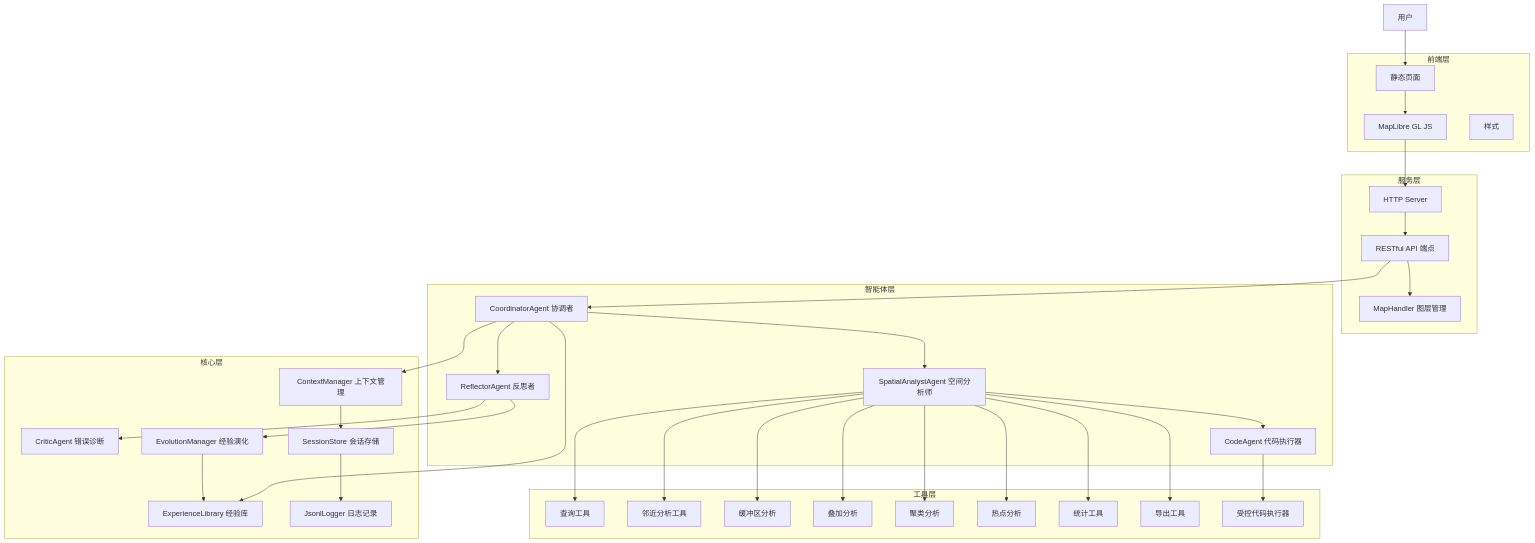
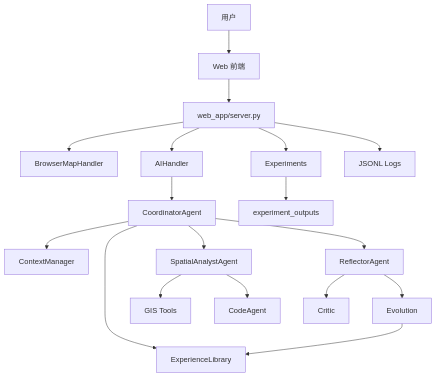
Before and after one commit to AritiYoshino/geoai: the diagram in plans/project_analysis.md, drawn with Mermaid. The commit also changed other lines of this file and 30 other files, not shown here.

````diff
--- a/plans/project_analysis.md
+++ b/plans/project_analysis.md
@@ -14,68 +29,20 @@
 ```mermaid
 flowchart TD
-    subgraph 前端层
-        HTML[静态页面]
-        JS[MapLibre GL JS]
-        CSS[样式]
-    end
-
-    subgraph 服务层
-        HTTP[HTTP Server]
-        API[RESTful API 端点]
-        MH[MapHandler 图层管理]
-    end
-
-    subgraph 智能体层
-        CA[CoordinatorAgent 协调者]
-        SAA[SpatialAnalystAgent 空间分析师]
-        COA[CodeAgent 代码执行器]
-        RA[ReflectorAgent 反思者]
-    end
-
-    subgraph 核心层
-        CM[ContextManager 上下文管理]
-        EL[ExperienceLibrary 经验库]
-        CT[CriticAgent 错误诊断]
-        EV[EvolutionManager 经验演化]
-        SS[SessionStore 会话存储]
-        JL[JsonlLogger 日志记录]
-    end
-
-    subgraph 工具层
-        Q[查询工具]
-        N[邻近分析工具]
-        B[缓冲区分析]
-        O[叠加分析]
-        C[聚类分析]
-        HS[热点分析]
-        S[统计工具]
-        E[导出工具]
-        CE[受控代码执行器]
-    end
-
-    用户 --> HTML
-    HTML --> JS
-    JS --> HTTP
-    HTTP --> API
-    API --> MH
-    API --> CA
-    CA --> CM
-    CA --> EL
-    CA --> SAA
-    CA --> RA
-    SAA --> COA
-    SAA --> Q
-    SAA --> N
-    SAA --> B
-    SAA --> O
-    SAA --> C
-    SAA --> HS
-    SAA --> S
-    SAA --> E
-    COA --> CE
-    RA --> CT
-    RA --> EV
+    U[用户] --> FE[Web 前端]
+    FE --> API[web_app/server.py]
+    API --> MH[BrowserMapHandler]
+    API --> AI[AIHandler]
+    AI --> C[CoordinatorAgent]
+    C --> CM[ContextManager]
+    C --> EL[ExperienceLibrary]
+    C --> SA[SpatialAnalystAgent]
+    SA --> T[GIS Tools]
+    SA --> CA[CodeAgent]
+    C --> R[ReflectorAgent]
+    R --> CR[Critic]
+    R --> EV[Evolution]
     EV --> EL
-    CM --> SS
-    SS --> JL
+    API --> EXP[Experiments]
+    EXP --> OUT[experiment_outputs]
+    API --> LOG[JSONL Logs]
 ```
````
